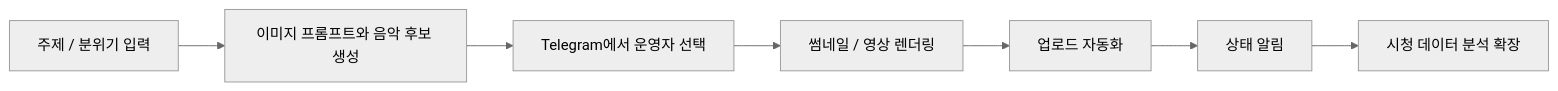
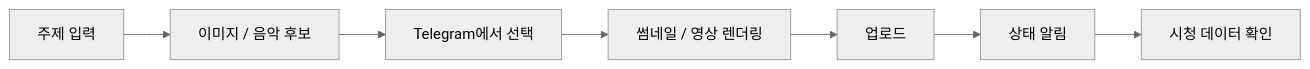
Before and after one commit to arnold6444/leaflyze-project-summaries: the diagram in docs/youtube-automation-system.md, drawn with Mermaid (neutral theme). The commit also changed other lines of this file and 2 other files, not shown here.

````diff
--- a/docs/youtube-automation-system.md
+++ b/docs/youtube-automation-system.md
@@ -21,9 +23,9 @@
 ```mermaid
 flowchart LR
-    A[주제 / 분위기 입력] --> B[이미지 프롬프트와 음악 후보 생성]
-    B --> C[Telegram에서 운영자 선택]
+    A[주제 입력] --> B[이미지 / 음악 후보]
+    B --> C[Telegram에서 선택]
     C --> D[썸네일 / 영상 렌더링]
-    D --> E[업로드 자동화]
+    D --> E[업로드]
     E --> F[상태 알림]
-    F --> G[시청 데이터 분석 확장]
+    F --> G[시청 데이터 확인]
 ```
````
